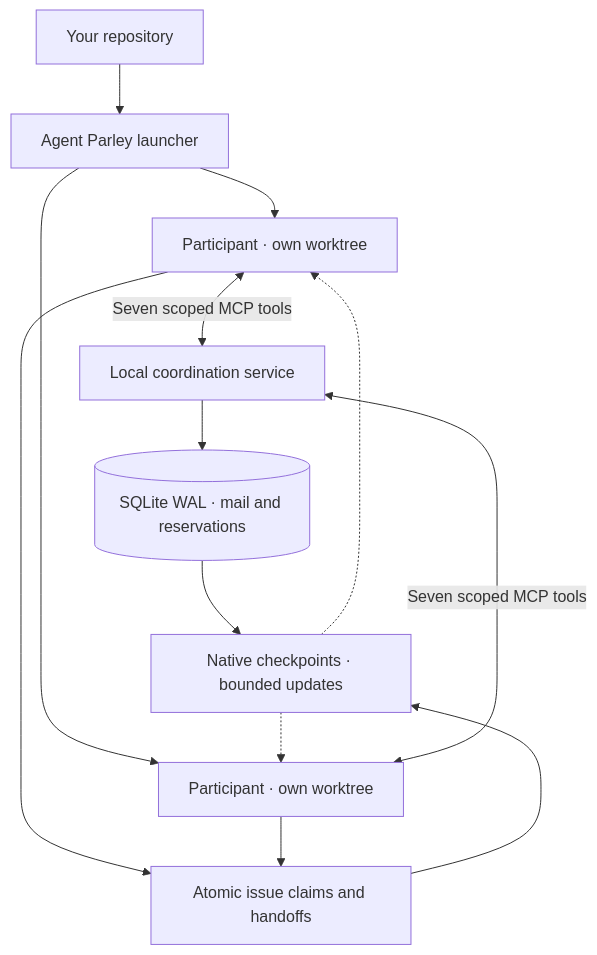
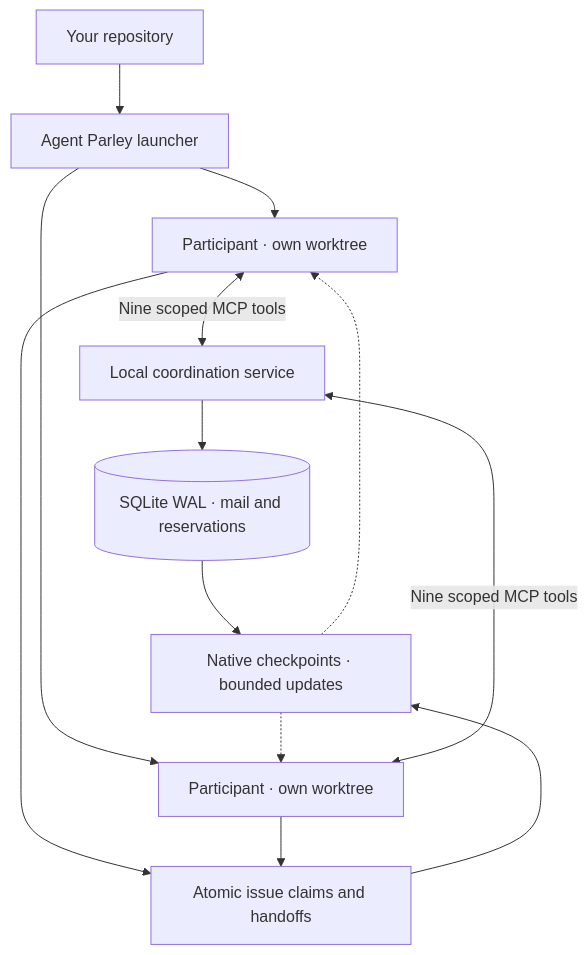
The diagram in README.md (suneel944/agent-parley), drawn with Mermaid before and after one commit. The commit also changed other lines of this file and 6 other files, not shown here.

````diff
--- a/README.md
+++ b/README.md
@@ -253,15 +260,15 @@
 ```mermaid
 flowchart TD
     Repo[Your repository] --> Launcher[Agent Parley launcher]
     Launcher --> Claude[Participant · own worktree]
     Launcher --> Codex[Participant · own worktree]
-    Claude <-->|Seven scoped MCP tools| Server[Local coordination service]
-    Codex <-->|Seven scoped MCP tools| Server
+    Claude <-->|Nine scoped MCP tools| Server[Local coordination service]
+    Codex <-->|Nine scoped MCP tools| Server
     Server --> DB[(SQLite WAL · mail and reservations)]
     Claude --> Claims[Atomic issue claims and handoffs]
     Codex --> Claims
     DB --> Hooks[Native checkpoints · bounded updates]
     Claims --> Hooks
     Hooks -.-> Claude
     Hooks -.-> Codex
 ```
````
